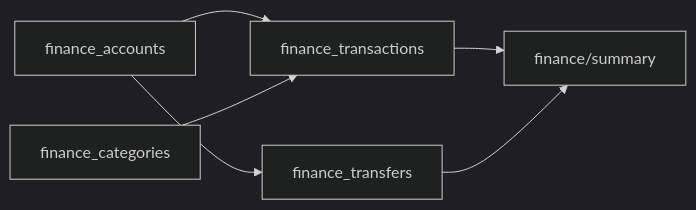
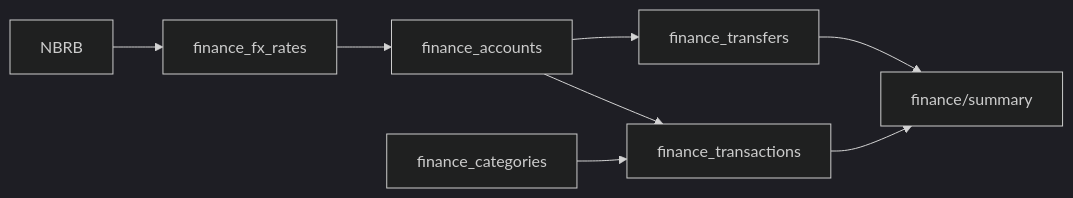
Before and after one commit to jankowski-dev/Nexter.App: the seventh of 9 diagrams in docs/project/architecture.md, drawn with Mermaid (dark theme). The commit also changed other lines of this file and 27 other files, not shown here.

First line of the commit message:
feat(finance): add NBRB FX rates and CNY accounts (#360)

````diff
--- a/docs/project/architecture.md
+++ b/docs/project/architecture.md
@@ -168,8 +168,10 @@
 ```mermaid
 flowchart LR
-  Acc[finance_accounts] --> Tx[finance_transactions]
+  Rates[finance_fx_rates] --> Acc[finance_accounts]
+  Acc --> Tx[finance_transactions]
   Cat[finance_categories] --> Tx
   Acc --> Tr[finance_transfers]
   Tx --> Summary[finance/summary]
   Tr --> Summary
+  NBRB[NBRB] --> Rates
 ```
````
